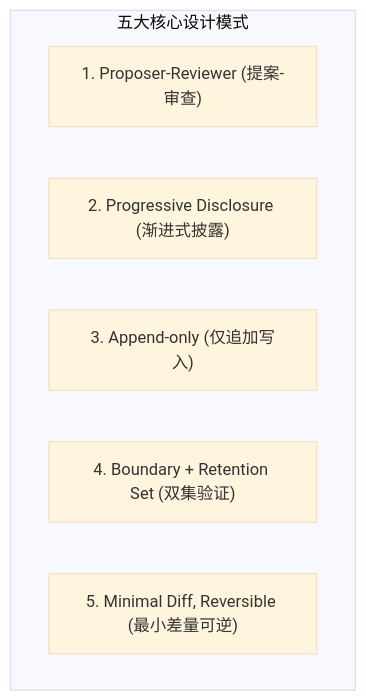
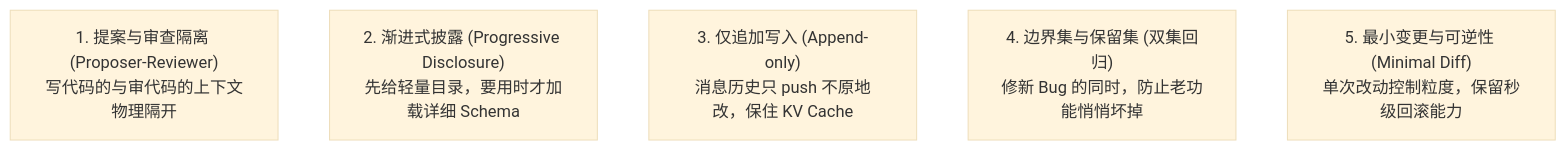
One commit to ljh12138164/ai-agent-study changed the first of 2 diagrams in app/ch01-fundamentals/04-design-patterns/page.mdx. Above: the diagram before and after it, drawn with Mermaid (base theme). The commit also changed other lines of this file and 43 other files, not shown here.

````diff
--- a/app/ch01-fundamentals/04-design-patterns/page.mdx
+++ b/app/ch01-fundamentals/04-design-patterns/page.mdx
@@ -13,10 +11,8 @@
 ```mermaid
-graph TD
-    subgraph Patterns["五大核心设计模式"]
-        P1["1. Proposer-Reviewer (提案-审查)"]
-        P2["2. Progressive Disclosure (渐进式披露)"]
-        P3["3. Append-only (仅追加写入)"]
-        P4["4. Boundary + Retention Set (双集验证)"]
-        P5["5. Minimal Diff, Reversible (最小差量可逆)"]
-    end
+flowchart TD
+    P1["1. 提案与审查隔离 (Proposer-Reviewer)<br/>写代码的与审代码的上下文物理隔开"]
+    P2["2. 渐进式披露 (Progressive Disclosure)<br/>先给轻量目录，要用时才加载详细 Schema"]
+    P3["3. 仅追加写入 (Append-only)<br/>消息历史只 push 不原地改，保住 KV Cache"]
+    P4["4. 边界集与保留集 (双集回归)<br/>修新 Bug 的同时，防止老功能悄悄坏掉"]
+    P5["5. 最小变更与可逆性 (Minimal Diff)<br/>单次改动控制粒度，保留秒级回滚能力"]
 ```
````
